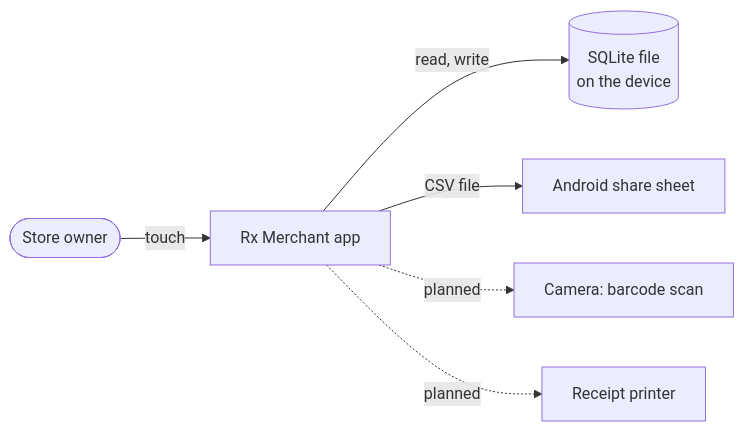
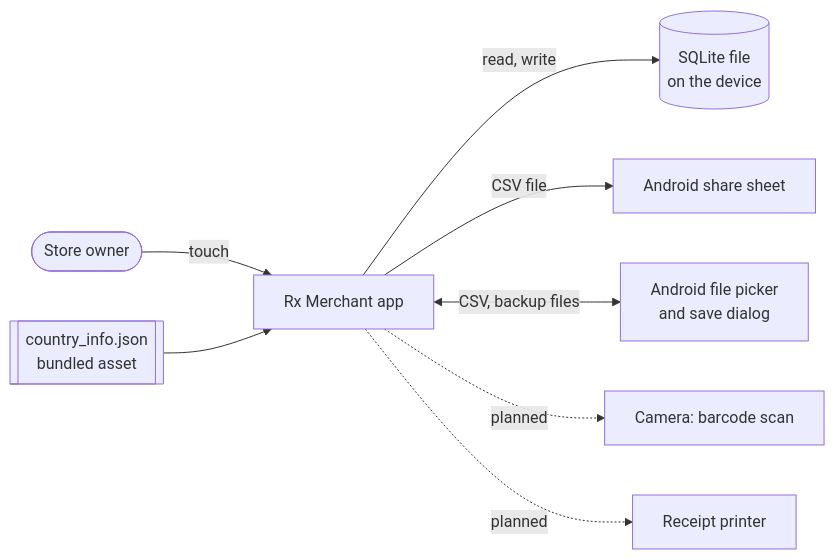
One commit to haroisded/Rx-Merchant changed the first of 3 diagrams in .claude/erpnext-planner/system-documentation.md. Above: the diagram before and after it, drawn with Mermaid. The commit also changed other lines of this file and 88 other files, not shown here.

````diff
--- a/.claude/erpnext-planner/system-documentation.md
+++ b/.claude/erpnext-planner/system-documentation.md
@@ -231,8 +267,10 @@
 ```mermaid
 flowchart LR
     Owner([Store owner]) -->|touch| App[Rx Merchant app]
     App -->|read, write| DB[(SQLite file<br/>on the device)]
     App -->|CSV file| Share[Android share sheet]
+    App <-->|CSV, backup files| Files[Android file picker<br/>and save dialog]
+    Asset[[country_info.json<br/>bundled asset]] --> App
     App -.->|planned| Camera[Camera: barcode scan]
     App -.->|planned| Printer[Receipt printer]
 ```
````
